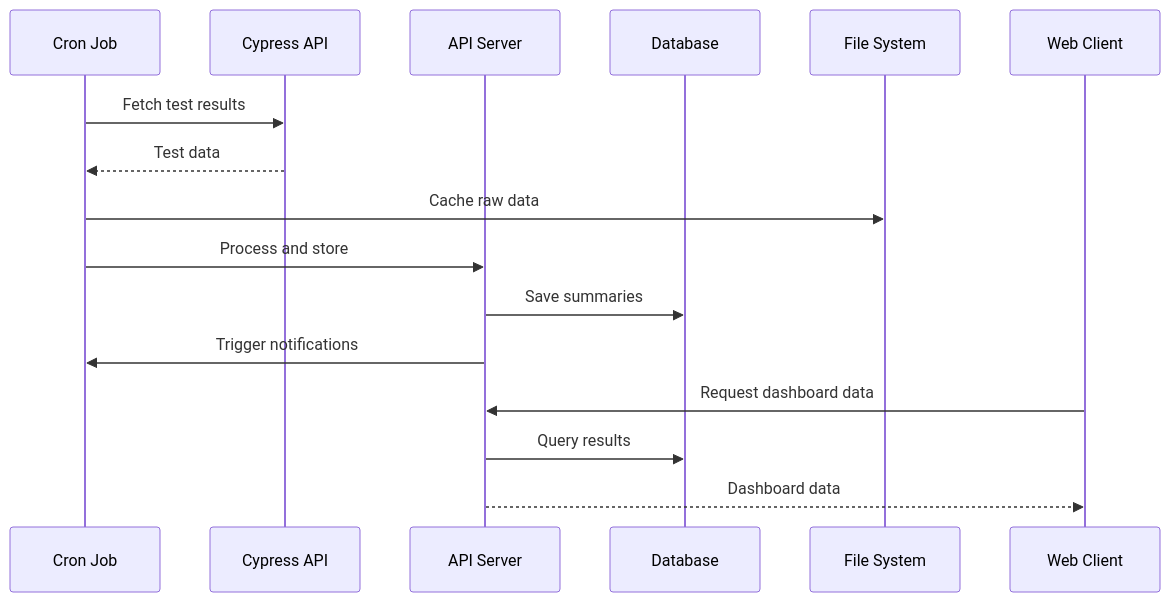
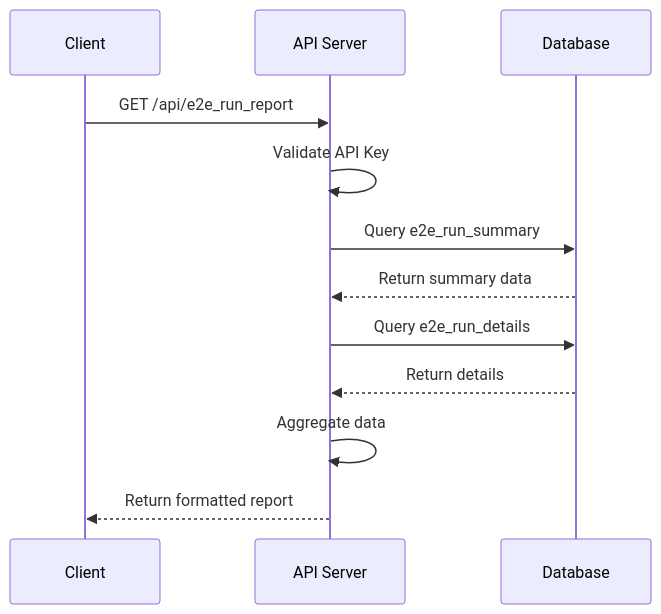
Before and after one commit to jayc13/my-dashboard: the second of 6 diagrams in docs/docs/architecture/overview.md, drawn with Mermaid. The commit also changed other lines of this file and 58 other files, not shown here.

````diff
--- a/docs/docs/architecture/overview.md
+++ b/docs/docs/architecture/overview.md
@@ -108,19 +142,15 @@
 ```mermaid
 sequenceDiagram
-    participant CRON as Cron Job
-    participant CYPRESS as Cypress API
-    participant API as API Server
-    participant DB as Database
-    participant FILES as File System
-    participant CLIENT as Web Client
+    participant C as Client
+    participant A as API Server
+    participant D as Database
     
-    CRON->>CYPRESS: Fetch test results
-    CYPRESS-->>CRON: Test data
-    CRON->>FILES: Cache raw data
-    CRON->>API: Process and store
-    API->>DB: Save summaries
-    API->>CRON: Trigger notifications
-    CLIENT->>API: Request dashboard data
-    API->>DB: Query results
-    API-->>CLIENT: Dashboard data
+    C->>A: GET /api/e2e_run_report
+    A->>A: Validate API Key
+    A->>D: Query e2e_run_summary
+    D-->>A: Return summary data
+    A->>D: Query e2e_run_details
+    D-->>A: Return details
+    A->>A: Aggregate data
+    A-->>C: Return formatted report
 ```
````
